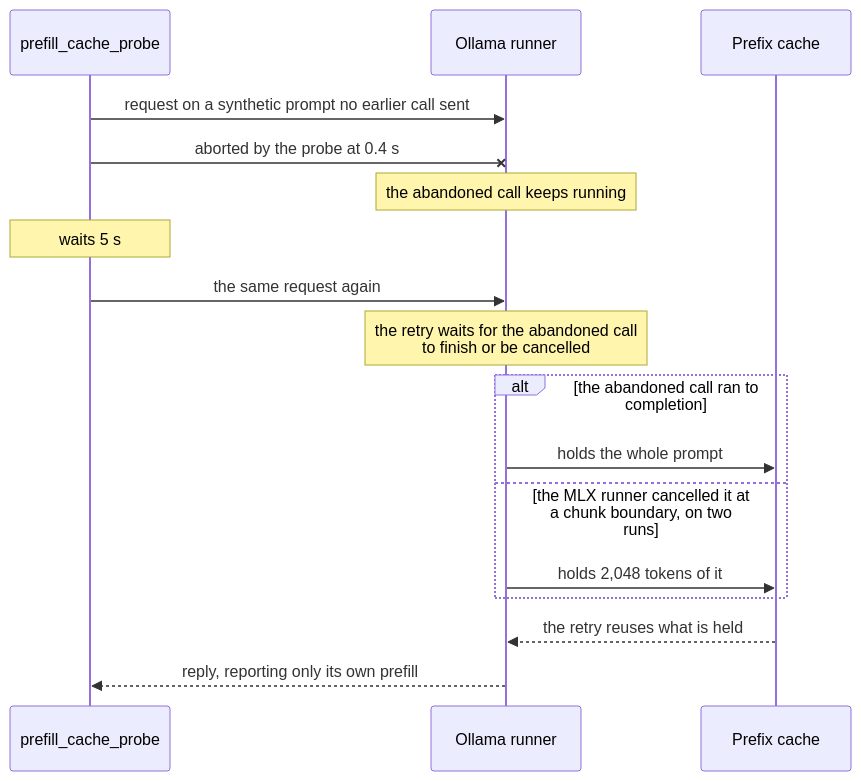
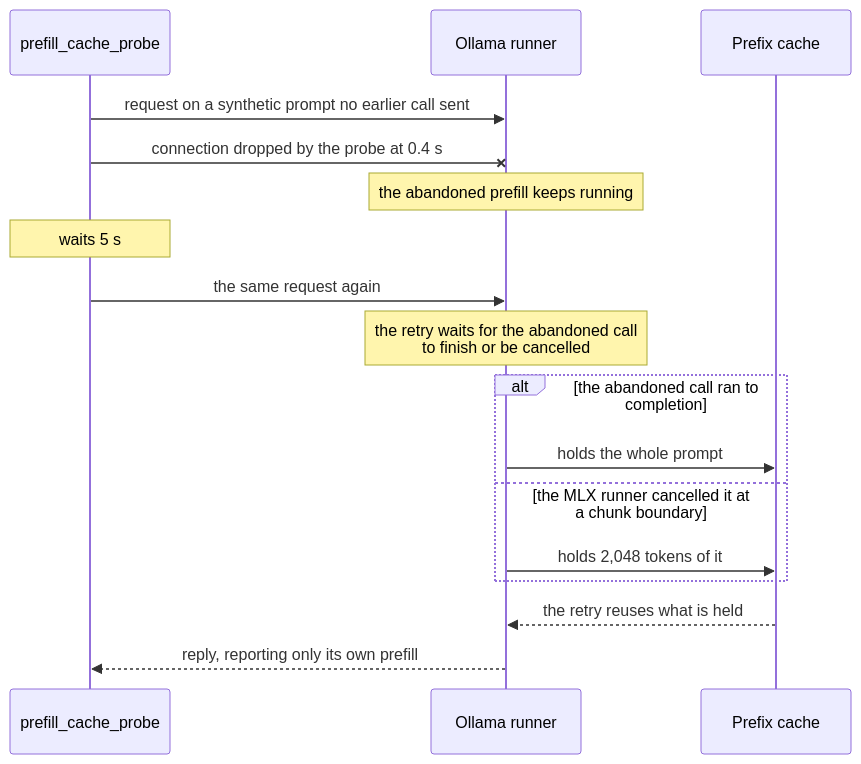
The third of 3 diagrams in adaptive_chat_server_dart/blog/article-8-prompt-cache-draft.md (freemansoft/Flutter-AdaptiveCards), drawn with Mermaid before and after one commit. The commit also changed other lines of this file and 67 other files, not shown here.

````diff
--- a/adaptive_chat_server_dart/blog/article-8-prompt-cache-draft.md
+++ b/adaptive_chat_server_dart/blog/article-8-prompt-cache-draft.md
@@ -346,19 +358,19 @@
 ```mermaid
 sequenceDiagram
   participant P as prefill_cache_probe
   participant O as Ollama runner
   participant C as Prefix cache
   P->>O: request on a synthetic prompt no earlier call sent
-  P-xO: aborted by the probe at 0.4 s
-  Note over O: the abandoned call keeps running
+  P-xO: connection dropped by the probe at 0.4 s
+  Note over O: the abandoned prefill keeps running
   Note over P: waits 5 s
   P->>O: the same request again
   Note over O: the retry waits for the abandoned call<br/>to finish or be cancelled
   alt the abandoned call ran to completion
     O->>C: holds the whole prompt
-  else the MLX runner cancelled it at a chunk boundary, on two runs
+  else the MLX runner cancelled it at a chunk boundary
     O->>C: holds 2,048 tokens of it
   end
   C-->>O: the retry reuses what is held
   O-->>P: reply, reporting only its own prefill
 ```
````
